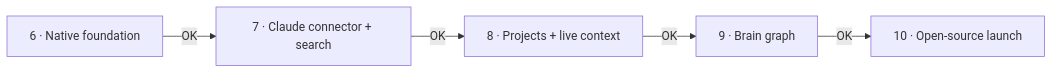
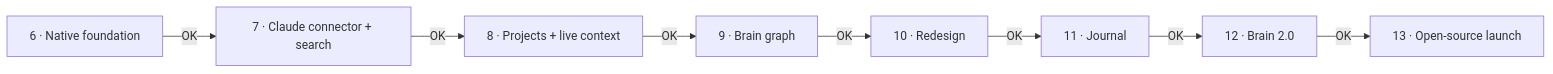
One commit to m4rkellkka/second-brain-Engram changed the second of 2 diagrams in docs/SPEC.md. Above: the diagram before and after it, drawn with Mermaid. The commit also changed other lines of this file and 1 other file, not shown here.

First line of the commit message:
docs: plan the redesign, journal and Brain 2.0 phases

````diff
--- a/docs/SPEC.md
+++ b/docs/SPEC.md
@@ -187,5 +189,6 @@
 ```mermaid
 flowchart LR
   P6[6 · Native foundation] -->|OK| P7[7 · Claude connector + search] -->|OK| P8[8 · Projects + live context]
-  P8 -->|OK| P9[9 · Brain graph] -->|OK| P10[10 · Open-source launch]
+  P8 -->|OK| P9[9 · Brain graph] -->|OK| P10[10 · Redesign] -->|OK| P11[11 · Journal]
+  P11 -->|OK| P12[12 · Brain 2.0] -->|OK| P13[13 · Open-source launch]
 ```
````
